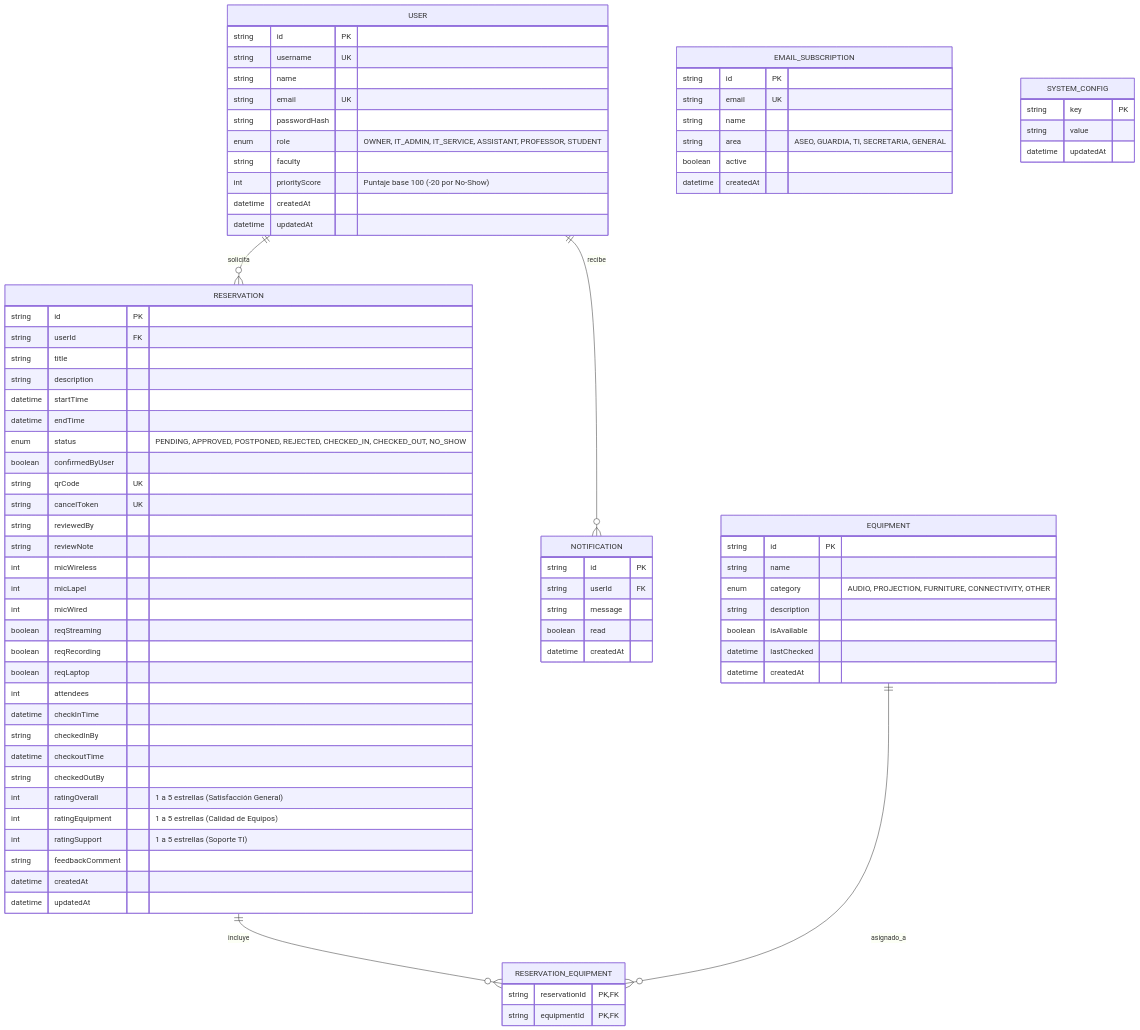
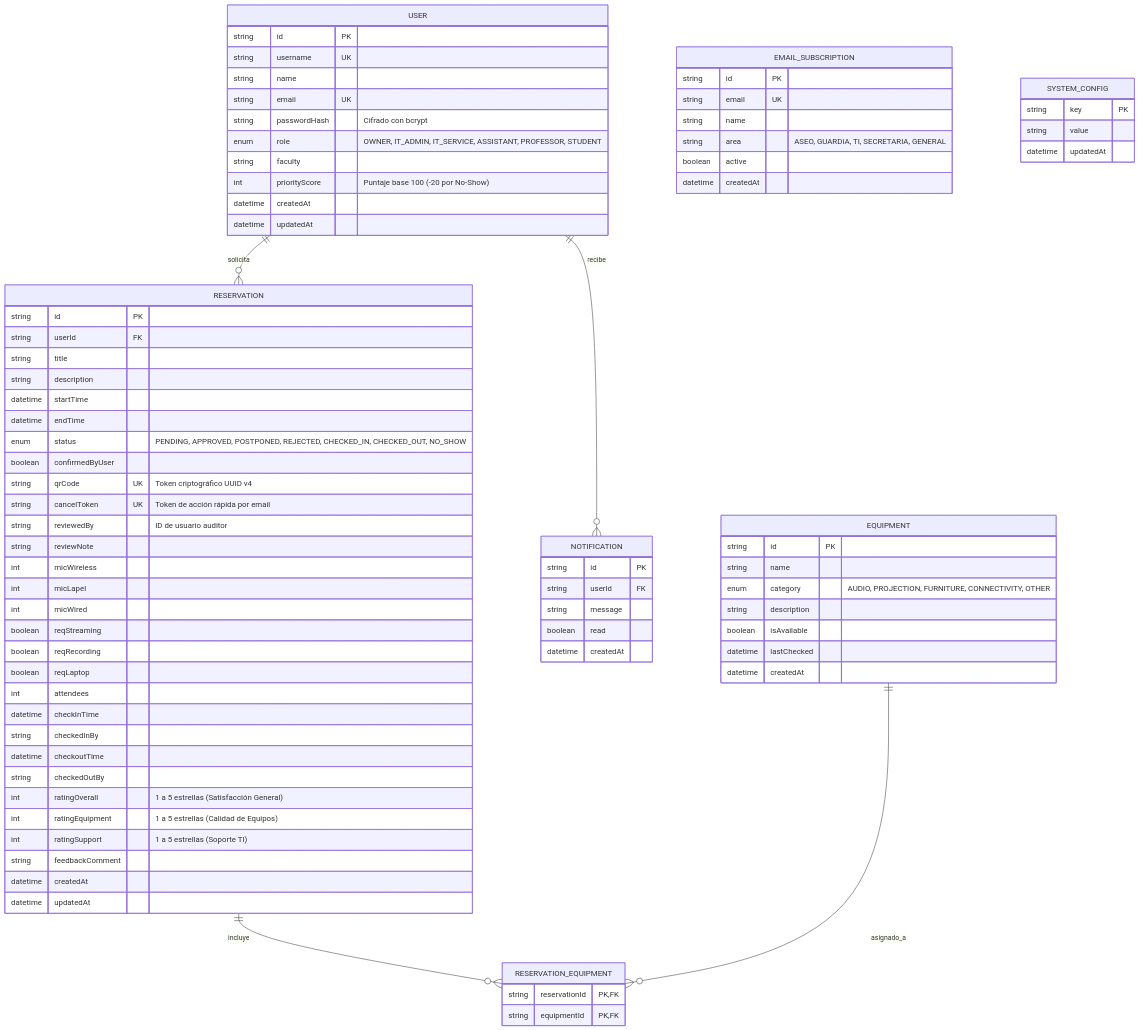
One commit to IMANDOI/sistema-gestion-auditorios-capstone changed the tenth of 11 diagrams in informe_fase_1_definicion_proyecto.md. Above: the diagram before and after it, drawn with Mermaid. The commit also changed other lines of this file, not shown here.

```diff
--- a/informe_fase_1_definicion_proyecto.md
+++ b/informe_fase_1_definicion_proyecto.md
@@ -425,7 +464,7 @@
         string username UK
         string name
         string email UK
-        string passwordHash
+        string passwordHash "Cifrado con bcrypt"
         enum role "OWNER, IT_ADMIN, IT_SERVICE, ASSISTANT, PROFESSOR, STUDENT"
         string faculty
         int priorityScore "Puntaje base 100 (-20 por No-Show)"
@@ -442,9 +481,9 @@
         datetime endTime
         enum status "PENDING, APPROVED, POSTPONED, REJECTED, CHECKED_IN, CHECKED_OUT, NO_SHOW"
         boolean confirmedByUser
-        string qrCode UK
-        string cancelToken UK
-        string reviewedBy
+        string qrCode UK "Token criptográfico UUID v4"
+        string cancelToken UK "Token de acción rápida por email"
+        string reviewedBy "ID de usuario auditor"
         string reviewNote
         int micWireless
         int micLapel
```
